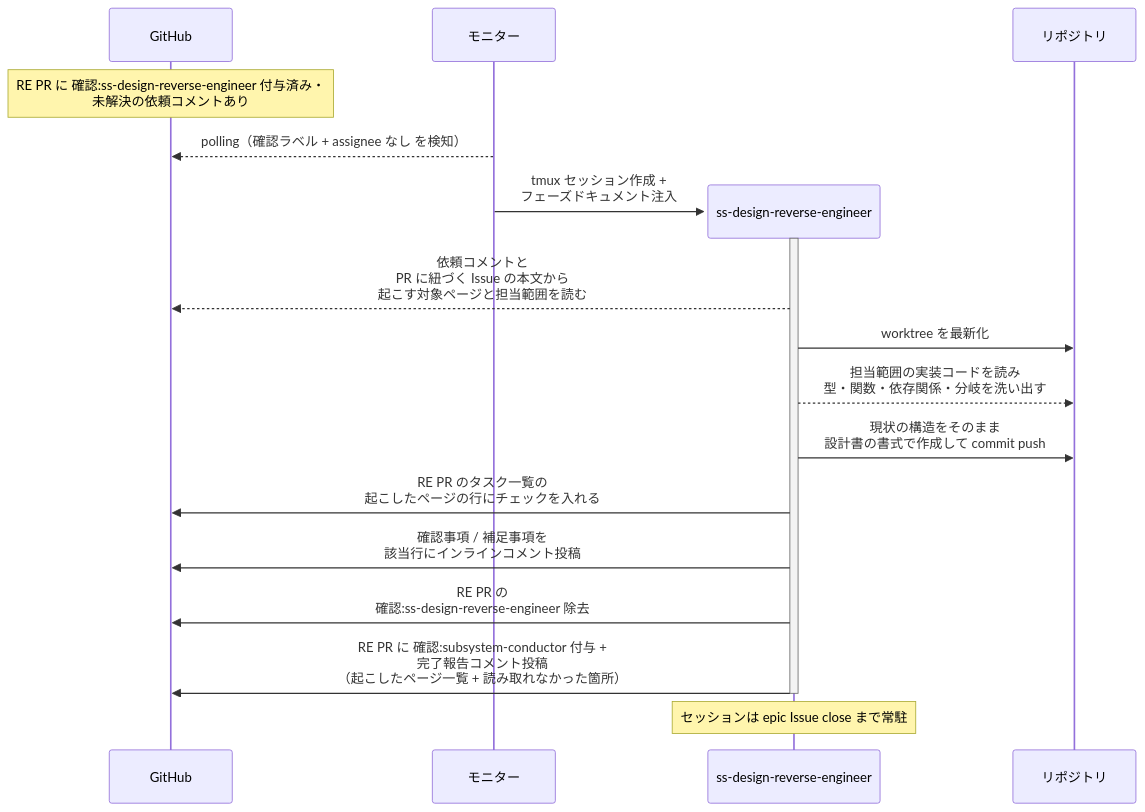
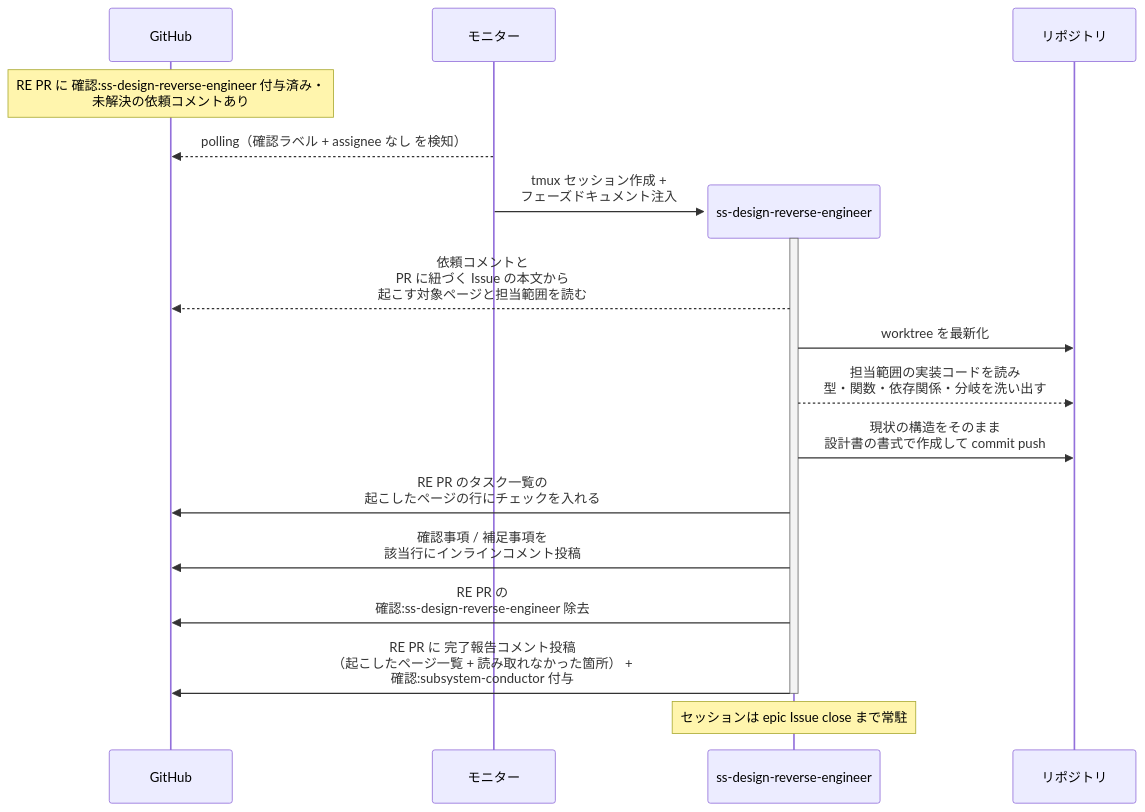
One commit to shuhei1101/ai-monitor changed the first of 2 diagrams in docs/wiki/設計図/シナリオ/単一ユースケース/現状設計書の起こし.md. Above: the diagram before and after it, drawn with Mermaid. The commit also changed other lines of this file and 29 other files, not shown here.

````diff
--- a/docs/wiki/設計図/シナリオ/単一ユースケース/現状設計書の起こし.md
+++ b/docs/wiki/設計図/シナリオ/単一ユースケース/現状設計書の起こし.md
@@ -40,22 +40,22 @@
 ```mermaid
 sequenceDiagram
   participant GH as GitHub
   participant ORC as モニター
 
   Note over GH: RE PR に 確認:ss-design-reverse-engineer 付与済み・<br>未解決の依頼コメントあり
   ORC-->>GH: polling（確認ラベル + assignee なし を検知）
   create participant MON as ss-design-reverse-engineer
   ORC->>MON: tmux セッション作成 +<br>フェーズドキュメント注入
   participant REPO as リポジトリ
   activate MON
   MON-->>GH: 依頼コメントと<br>PR に紐づく Issue の本文から<br>起こす対象ページと担当範囲を読む
   MON->>REPO: worktree を最新化
   MON-->>REPO: 担当範囲の実装コードを読み<br>型・関数・依存関係・分岐を洗い出す
   MON->>REPO: 現状の構造をそのまま<br>設計書の書式で作成して commit push
   MON->>GH: RE PR のタスク一覧の<br>起こしたページの行にチェックを入れる
   MON->>GH: 確認事項 / 補足事項を<br>該当行にインラインコメント投稿
   MON->>GH: RE PR の<br>確認:ss-design-reverse-engineer 除去
-  MON->>GH: RE PR に 確認:subsystem-conductor 付与 +<br>完了報告コメント投稿<br>（起こしたページ一覧 + 読み取れなかった箇所）
+  MON->>GH: RE PR に 完了報告コメント投稿<br>（起こしたページ一覧 + 読み取れなかった箇所） +<br>確認:subsystem-conductor 付与
   deactivate MON
   Note over MON: セッションは epic Issue close まで常駐
 ```
````
